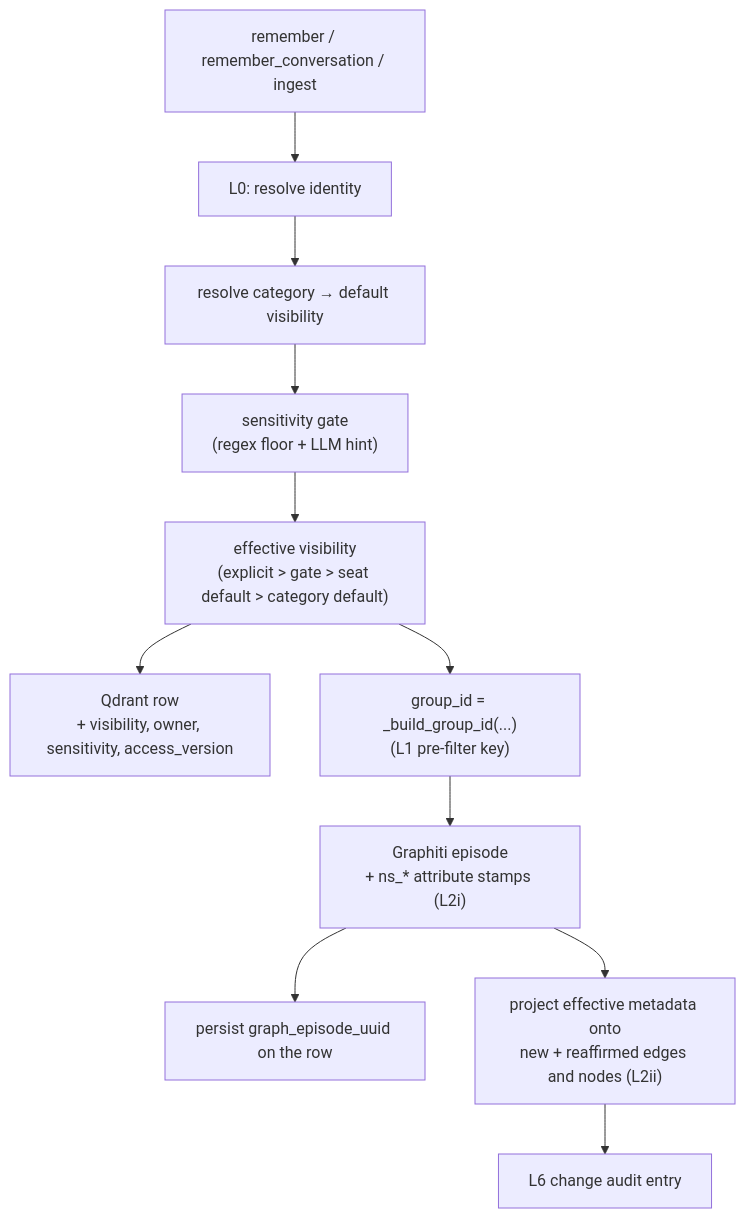
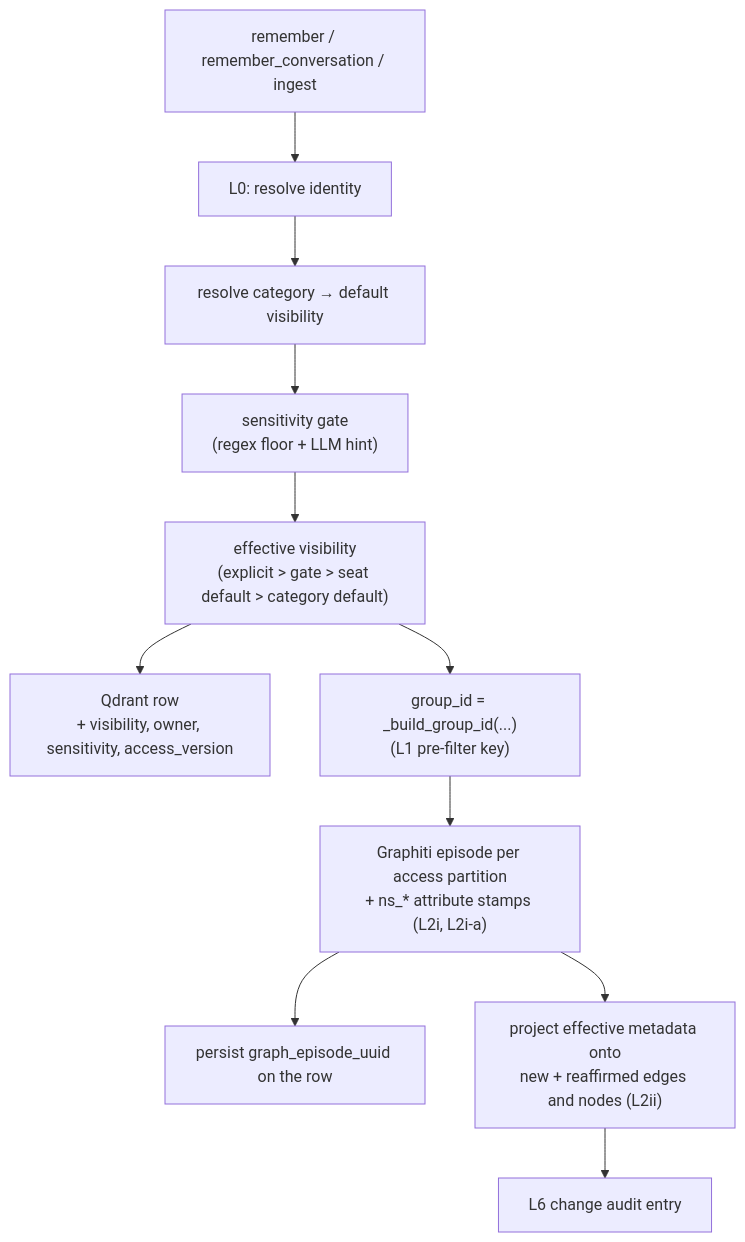
One commit to ehfazrezwan/neuralscape changed the sixth of 8 diagrams in docs/ACCESS_MODEL_V2.md. Above: the diagram before and after it, drawn with Mermaid. The commit also changed other lines of this file, not shown here.

Commit message:
docs: Access Model v2 r2 — address design review (episode homogeneity, atomic re-projection, compatible-parent support, fail-closed backfill, gate precedence, communities, episode stamp preservation, token defaults, dictator/admin split)

````diff
--- a/docs/ACCESS_MODEL_V2.md
+++ b/docs/ACCESS_MODEL_V2.md
@@ -414,13 +438,13 @@
 ```mermaid
 flowchart TB
     W["remember / remember_conversation / ingest"] --> ID["L0: resolve identity"]
     ID --> CAT["resolve category → default visibility"]
     CAT --> SENS["sensitivity gate<br/>(regex floor + LLM hint)"]
     SENS --> VIS["effective visibility<br/>(explicit &gt; gate &gt; seat default &gt; category default)"]
     VIS --> ROW["Qdrant row<br/>+ visibility, owner, sensitivity, access_version"]
     VIS --> GID["group_id = _build_group_id(...)<br/>(L1 pre-filter key)"]
-    GID --> EP["Graphiti episode<br/>+ ns_* attribute stamps (L2i)"]
+    GID --> EP["Graphiti episode per access partition<br/>+ ns_* attribute stamps (L2i, L2i-a)"]
     EP --> LINK["persist graph_episode_uuid on the row"]
     EP --> PROJ["project effective metadata onto<br/>new + reaffirmed edges and nodes (L2ii)"]
     PROJ --> AUD["L6 change audit entry"]
 ```
````
